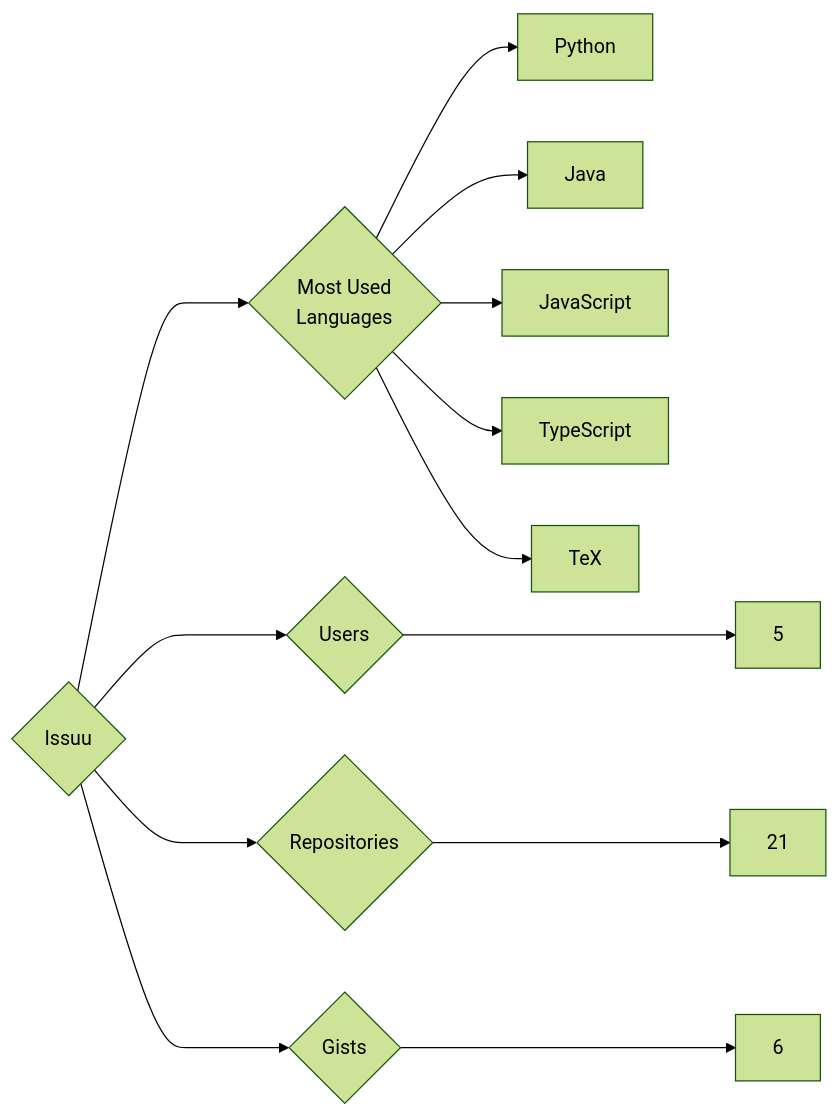
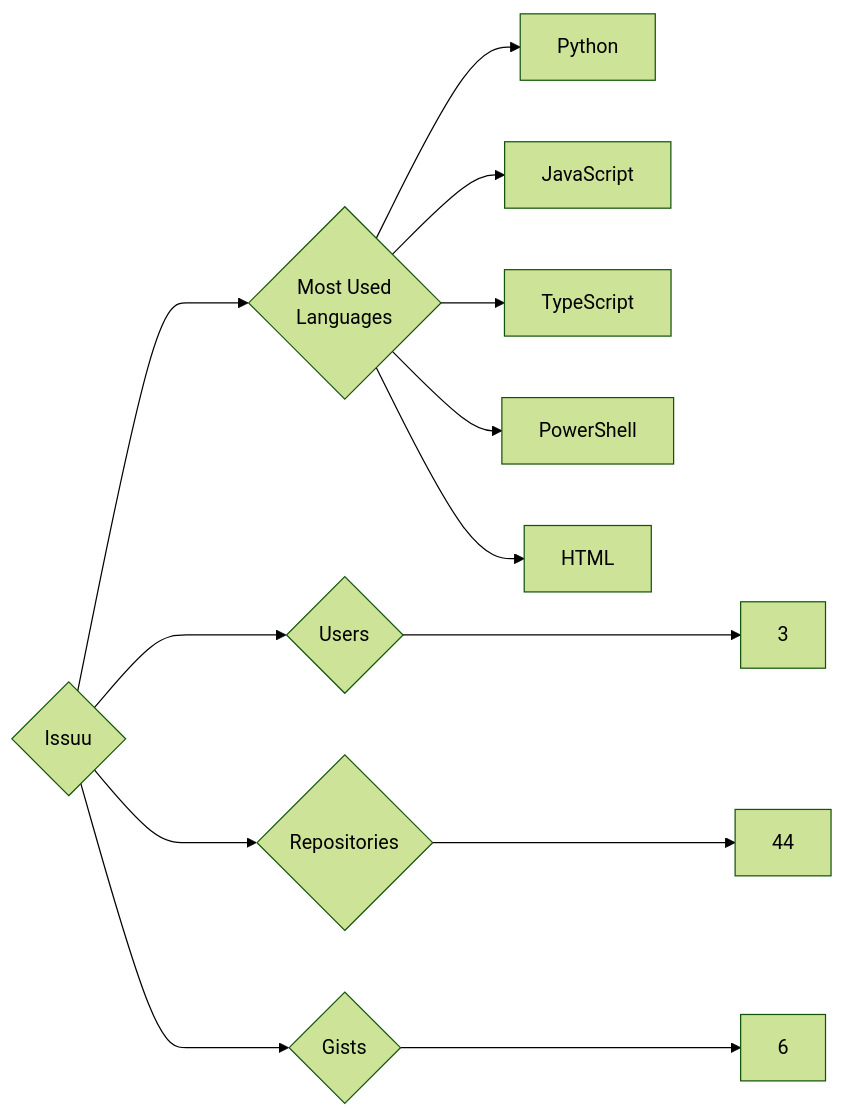
One commit to trickest/insiders changed the diagram in targets/Issuu/README.md. Above: the diagram before and after it, drawn with Mermaid (forest theme). The commit also changed 865 other files, not shown here.

````diff
--- a/targets/Issuu/README.md
+++ b/targets/Issuu/README.md
@@ -3,13 +3,13 @@
 ```mermaid
 graph LR
 COMPANY_NAME{Issuu}
-COMPANY_NAME ---> U{Users} ---> UN[5]
-COMPANY_NAME ---> R{Repositories} ---> RN[21]
+COMPANY_NAME ---> U{Users} ---> UN[3]
+COMPANY_NAME ---> R{Repositories} ---> RN[44]
 COMPANY_NAME ---> G{Gists} ---> GN[6]
 COMPANY_NAME ---> ML{Most Used<br>Languages}
 ML --> Python[Python]
-ML --> Java[Java]
 ML --> JavaScript[JavaScript]
 ML --> TypeScript[TypeScript]
-ML --> TeX[TeX]
+ML --> PowerShell[PowerShell]
+ML --> HTML[HTML]
 ```
````
